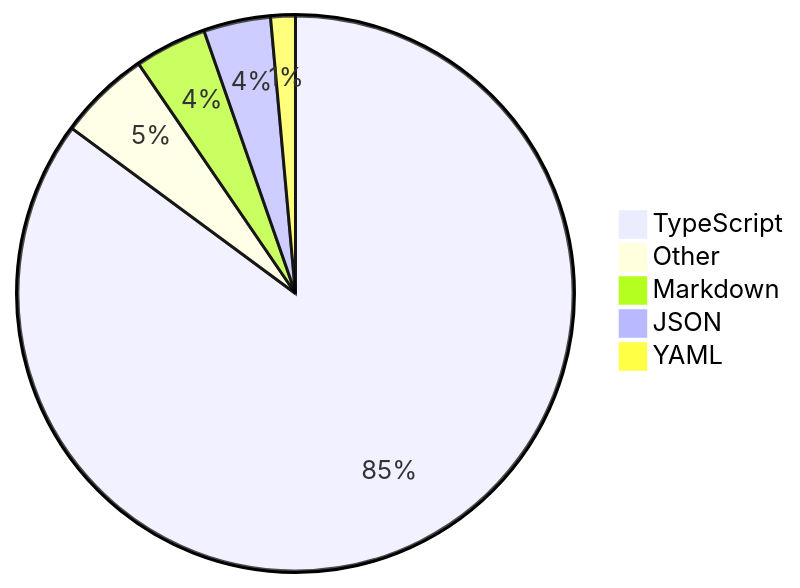
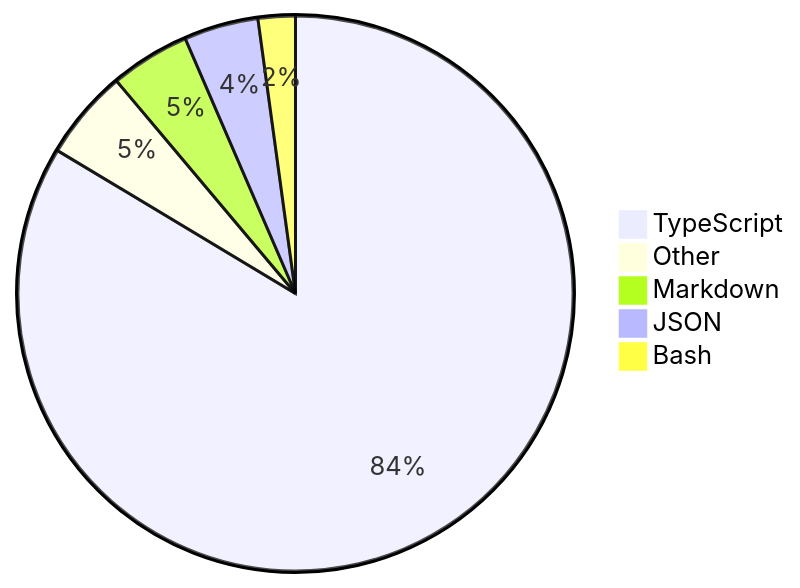
One commit to skvggor/skvggor changed the diagram in README.md. Above: the diagram before and after it, drawn with Mermaid.

Commit message:
Updated waka-readme graph with new metrics

````diff
--- a/README.md
+++ b/README.md
@@ -16,8 +16,8 @@
 ```mermaid
 pie
-    "TypeScript" : 83.0
-    "Other" : 5.2
-    "Markdown" : 4.1
-    "JSON" : 3.8
-    "YAML" : 1.4
+    "TypeScript" : 81.1
+    "Other" : 5.1
+    "Markdown" : 4.5
+    "JSON" : 4.2
+    "Bash" : 2.1
 ```
````
